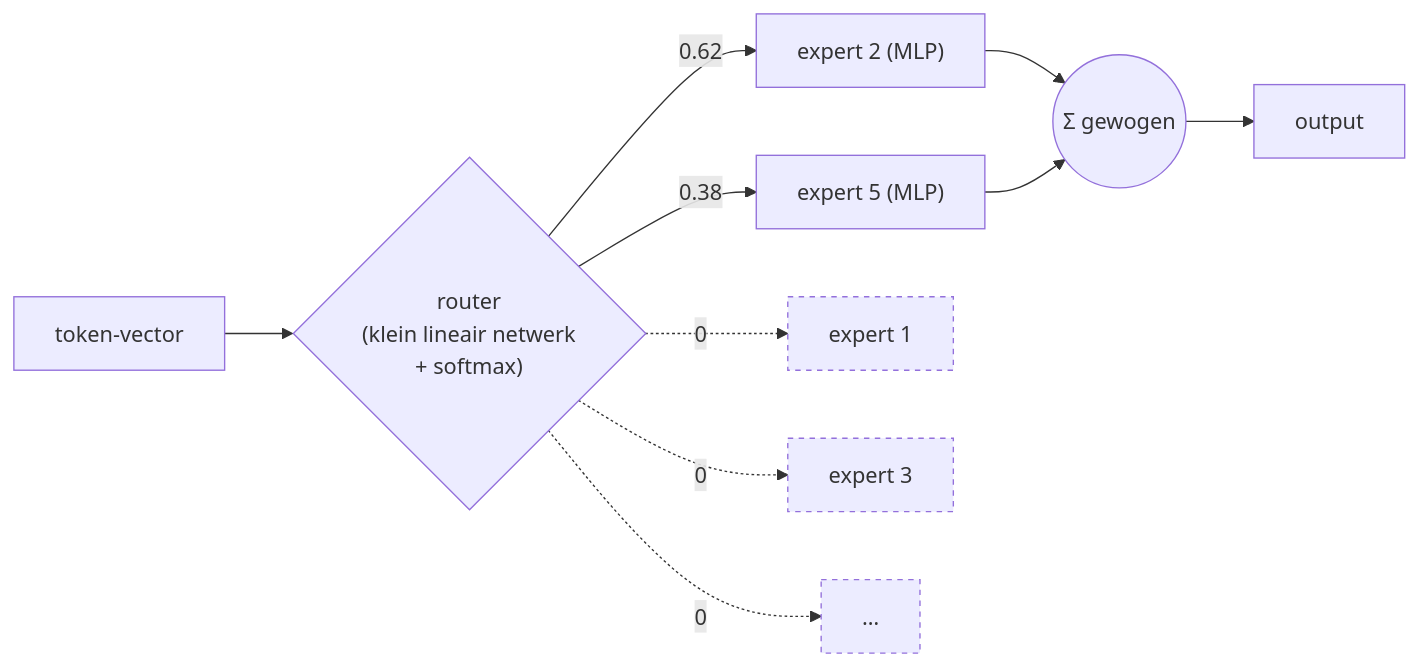
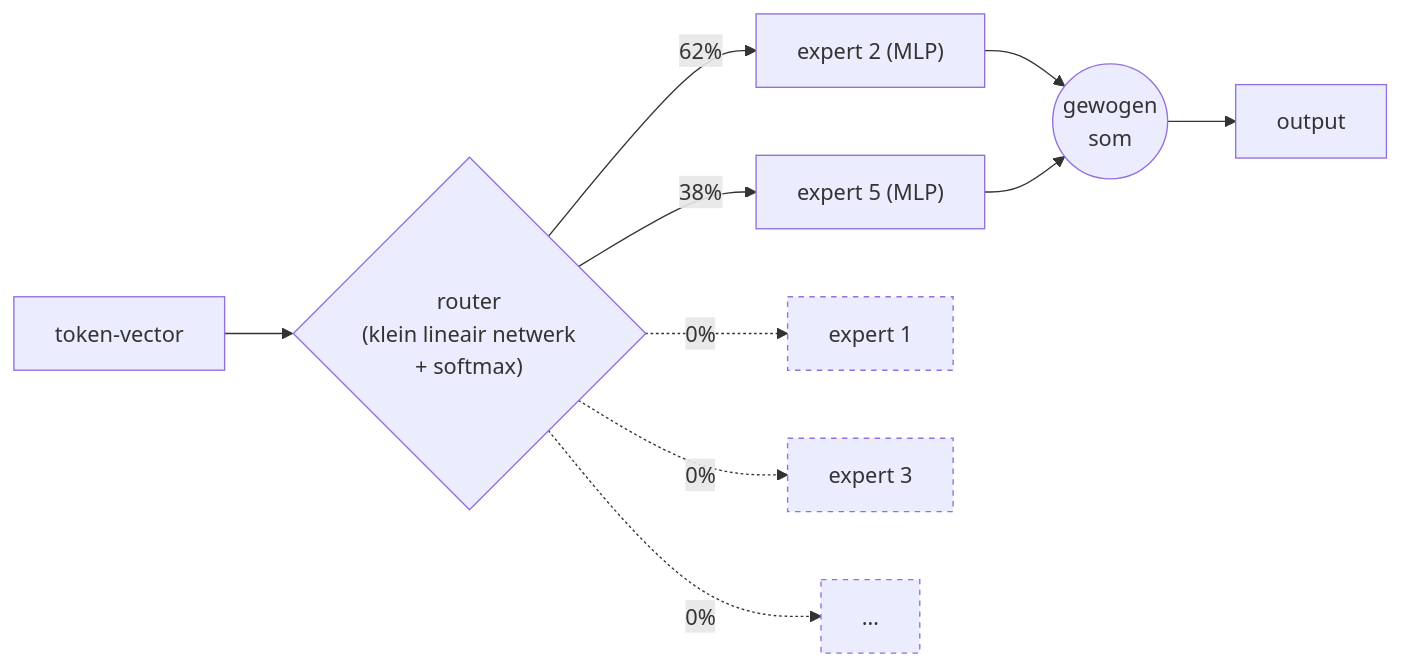
One commit to jeroenderuijter2002/Self-learning-AI changed the third of 3 diagrams in modules/01-transformers/notes/1.4-van-model-naar-tekst.md. Above: the diagram before and after it, drawn with Mermaid. The commit also changed other lines of this file and 21 other files, not shown here.

````diff
--- a/modules/01-transformers/notes/1.4-van-model-naar-tekst.md
+++ b/modules/01-transformers/notes/1.4-van-model-naar-tekst.md
@@ -118,15 +182,15 @@
 ```mermaid
 flowchart LR
     t["token-vector"] --> r{"router<br/>(klein lineair netwerk<br/>+ softmax)"}
-    r -- "0.62" --> e2["expert 2 (MLP)"]
-    r -- "0.38" --> e5["expert 5 (MLP)"]
-    r -. "0" .-> e1["expert 1"]
-    r -. "0" .-> e3["expert 3"]
-    r -. "0" .-> e4["…"]
-    e2 --> s(("Σ gewogen"))
+    r -- "62%" --> e2["expert 2 (MLP)"]
+    r -- "38%" --> e5["expert 5 (MLP)"]
+    r -. "0%" .-> e1["expert 1"]
+    r -. "0%" .-> e3["expert 3"]
+    r -. "0%" .-> e4["…"]
+    e2 --> s(("gewogen<br/>som"))
     e5 --> s
     s --> o["output"]
     style e1 stroke-dasharray: 4 4
     style e3 stroke-dasharray: 4 4
     style e4 stroke-dasharray: 4 4
 ```
````
